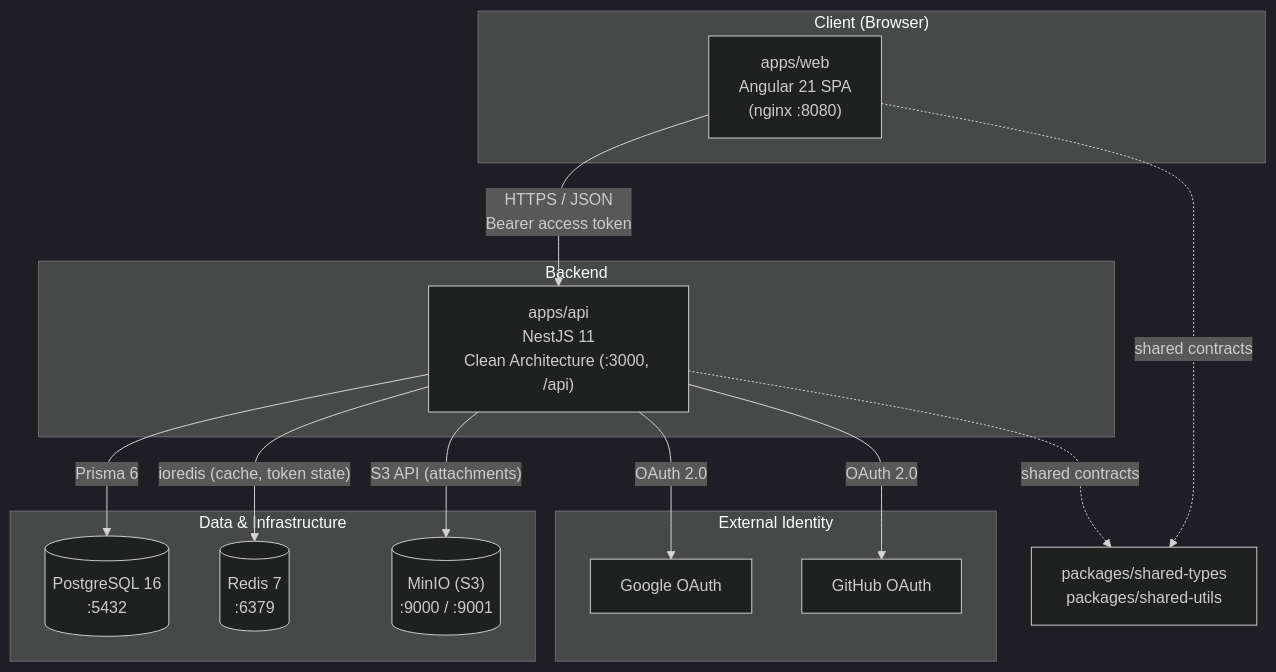
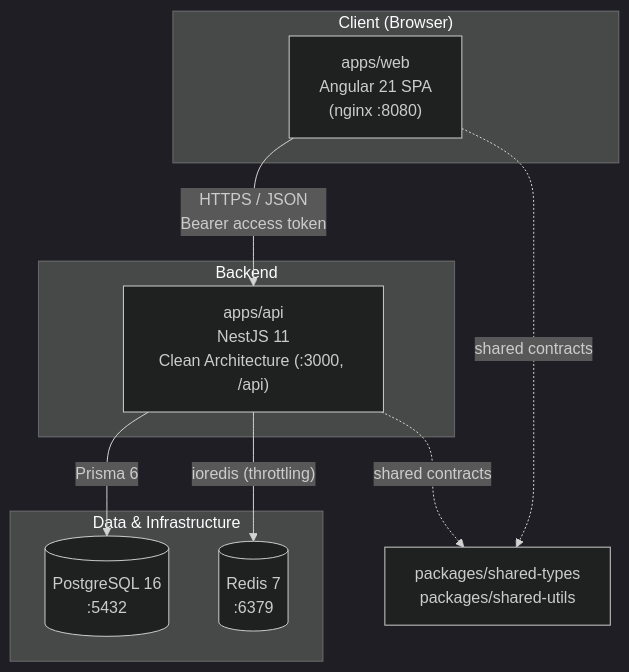
The first of 4 diagrams in docs/architecture.md (luscanascimento/financial-system), drawn with Mermaid (dark theme) before and after one commit. The commit also changed other lines of this file and 6 other files, not shown here.

First line of the commit message:
docs: align the ADRs and architecture doc with the implementation

````diff
--- a/docs/architecture.md
+++ b/docs/architecture.md
@@ -22,32 +22,23 @@
 ```mermaid
 graph TD
   subgraph Client["Client (Browser)"]
     Web["apps/web<br/>Angular 21 SPA<br/>(nginx :8080)"]
   end
 
   subgraph Backend["Backend"]
     API["apps/api<br/>NestJS 11<br/>Clean Architecture (:3000, /api)"]
   end
 
   subgraph Data["Data & Infrastructure"]
     PG[("PostgreSQL 16<br/>:5432")]
     Redis[("Redis 7<br/>:6379")]
-    MinIO[("MinIO (S3)<br/>:9000 / :9001")]
-  end
-
-  subgraph External["External Identity"]
-    Google["Google OAuth"]
-    GitHub["GitHub OAuth"]
   end
 
   Web -->|"HTTPS / JSON<br/>Bearer access token"| API
   API -->|"Prisma 6"| PG
-  API -->|"ioredis (cache, token state)"| Redis
-  API -->|"S3 API (attachments)"| MinIO
-  API -->|"OAuth 2.0"| Google
-  API -->|"OAuth 2.0"| GitHub
+  API -->|"ioredis (throttling)"| Redis
 
   Web -. "shared contracts" .-> Shared
   API -. "shared contracts" .-> Shared
   Shared["packages/shared-types<br/>packages/shared-utils"]
 ```
````
